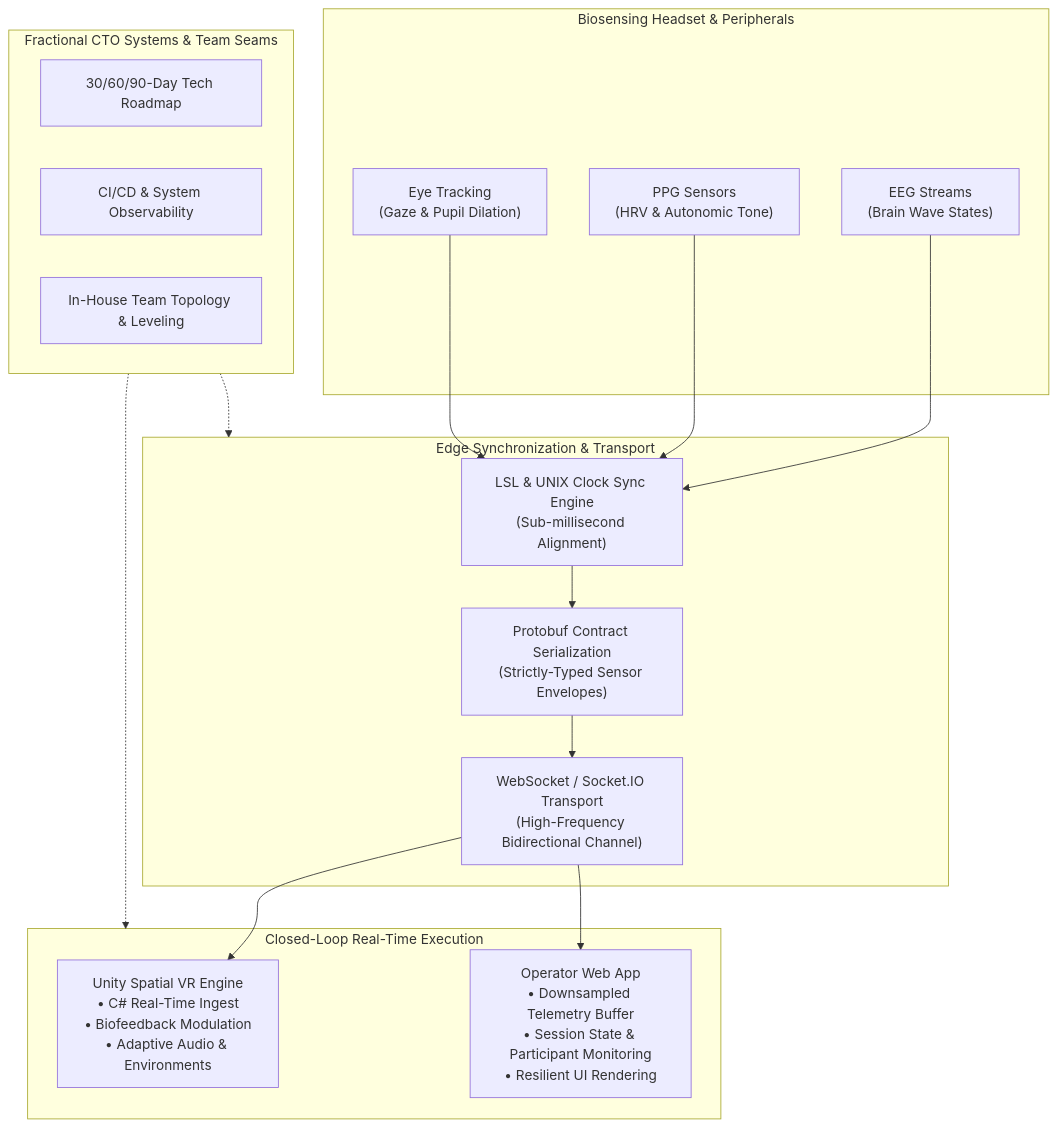
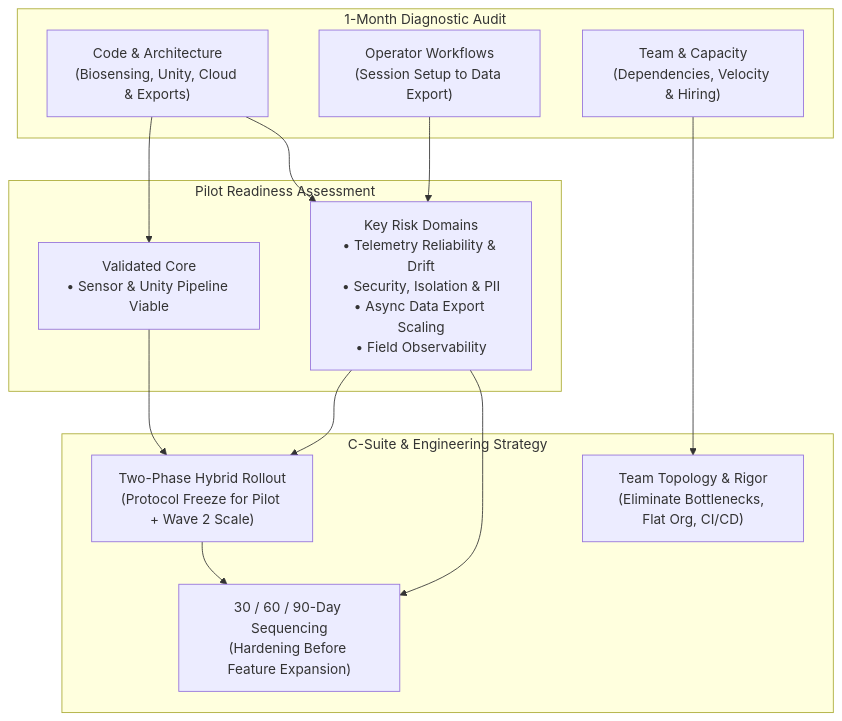
One commit to keolo/keolo-com changed the first of 2 diagrams in src/content/projects/evolve.md. Above: the diagram before and after it, drawn with Mermaid. The commit also changed other lines of this file, not shown here.

First line of the commit message:
docs(projects): reframe Evolve case study as pilot readiness diagnostic

````diff
--- a/src/content/projects/evolve.md
+++ b/src/content/projects/evolve.md
@@ -39,35 +37,28 @@
 ```mermaid
 flowchart TD
-    subgraph HW["Biosensing Headset & Peripherals"]
-        EEG["EEG Streams\n(Brain Wave States)"]
-        PPG["PPG Sensors\n(HRV & Autonomic Tone)"]
-        EYE["Eye Tracking\n(Gaze & Pupil Dilation)"]
+    subgraph AUDIT["1-Month Diagnostic Audit"]
+        CODE["Code & Architecture\n(Biosensing, Unity, Cloud & Exports)"]
+        FLOW["Operator Workflows\n(Session Setup to Data Export)"]
+        CAP["Team & Capacity\n(Dependencies, Velocity & Hiring)"]
     end
 
-    subgraph EDGE["Edge Synchronization & Transport"]
-        LSL["LSL & UNIX Clock Sync Engine\n(Sub-millisecond Alignment)"]
-        PROTO["Protobuf Contract Serialization\n(Strictly-Typed Sensor Envelopes)"]
-        WS["WebSocket / Socket.IO Transport\n(High-Frequency Bidirectional Channel)"]
+    subgraph FINDINGS["Pilot Readiness Assessment"]
+        CORE["Validated Core\n• Sensor & Unity Pipeline Viable"]
+        RISKS["Key Risk Domains\n• Telemetry Reliability & Drift\n• Security, Isolation & PII\n• Async Data Export Scaling\n• Field Observability"]
     end
 
-    subgraph ENGINE["Closed-Loop Real-Time Execution"]
-        VR["Unity Spatial VR Engine\n• C# Real-Time Ingest\n• Biofeedback Modulation\n• Adaptive Audio & Environments"]
-        OPS["Operator Web App\n• Downsampled Telemetry Buffer\n• Session State & Participant Monitoring\n• Resilient UI Rendering"]
+    subgraph STRATEGY["C-Suite & Engineering Strategy"]
+        HYBRID["Two-Phase Hybrid Rollout\n(Protocol Freeze for Pilot + Wave 2 Scale)"]
+        ROADMAP["30 / 60 / 90-Day Sequencing\n(Hardening Before Feature Expansion)"]
+        ORG["Team Topology & Rigor\n(Eliminate Bottlenecks, Flat Org, CI/CD)"]
     end
 
-    subgraph LEAD["Fractional CTO Systems & Team Seams"]
-        ROADMAP["30/60/90-Day Tech Roadmap"]
-        CI["CI/CD & System Observability"]
-        TEAM["In-House Team Topology & Leveling"]
-    end
-
-    EEG --> LSL
-    PPG --> LSL
-    EYE --> LSL
-    LSL --> PROTO
-    PROTO --> WS
-    WS --> VR
-    WS --> OPS
-    LEAD -.-> EDGE
-    LEAD -.-> ENGINE
+    CODE --> CORE
+    CODE --> RISKS
+    FLOW --> RISKS
+    CAP --> ORG
+    CORE --> HYBRID
+    RISKS --> HYBRID
+    RISKS --> ROADMAP
+    HYBRID --> ROADMAP
 ```
````
